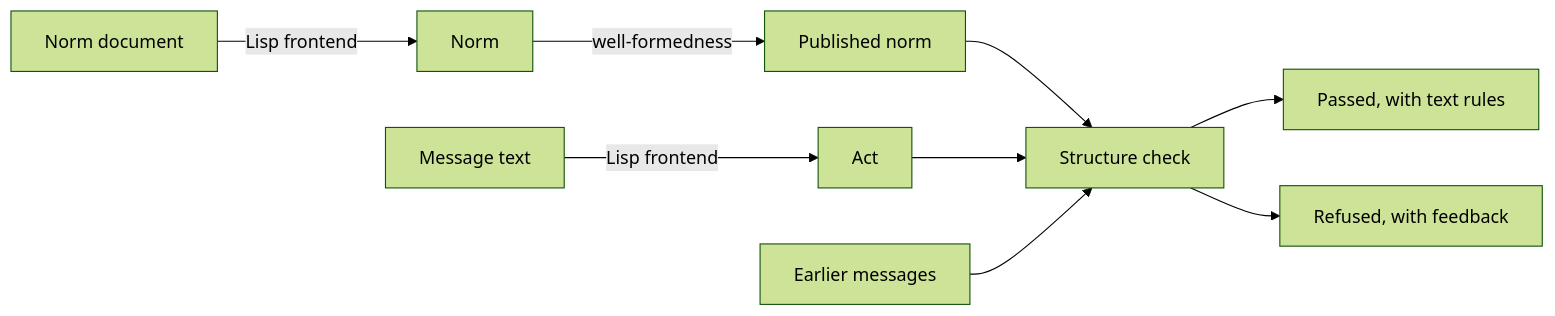
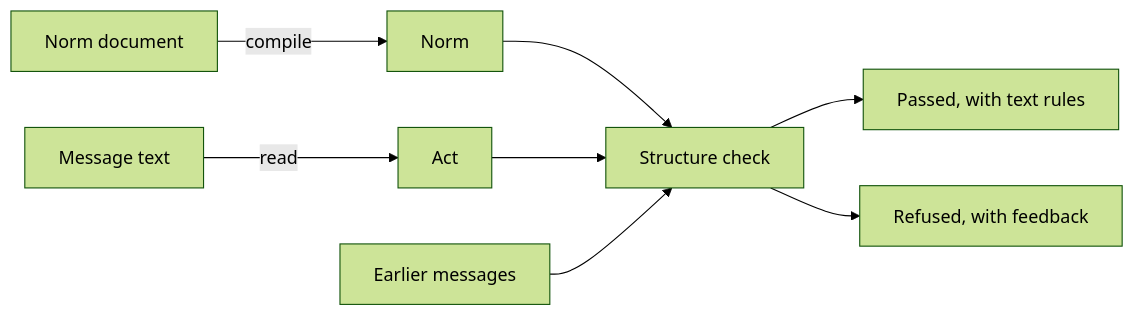
One commit to chughtapan/social-harness changed the diagram in docs/reference/spec/norms/norms.md. Above: the diagram before and after it, drawn with Mermaid (forest theme). The commit also changed other lines of this file and 14 other files, not shown here.

````diff
--- a/docs/reference/spec/norms/norms.md
+++ b/docs/reference/spec/norms/norms.md
@@ -21,11 +21,10 @@
 ```mermaid
 flowchart LR
-    document[Norm document] -- Lisp frontend --> norm[Norm]
-    norm -- well-formedness --> published[Published norm]
-    text[Message text] -- Lisp frontend --> act[Act]
-    published --> check[Structure check]
+    document[Norm document] -- compile --> norm[Norm]
+    text[Message text] -- read --> act[Act]
+    norm --> check[Structure check]
     act --> check
     conversation[Earlier messages] --> check
     check --> passed[Passed, with text rules]
     check --> refused[Refused, with feedback]
 ```
````
